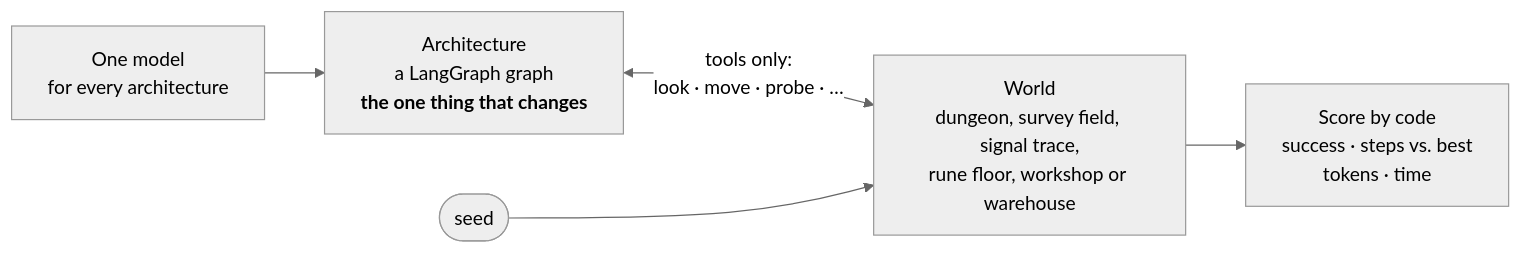
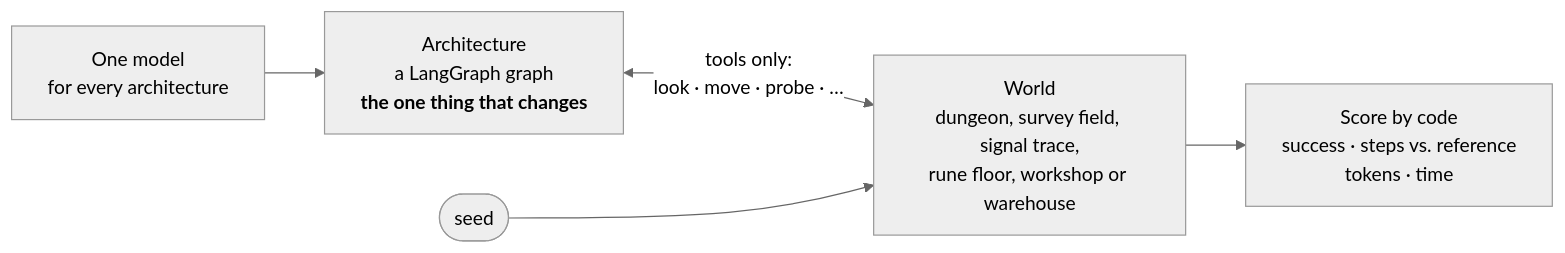
The first of 5 diagrams in README.md (chrysogonus/agent-patterns-lab), drawn with Mermaid (neutral theme) before and after one commit. The commit also changed other lines of this file and 42 other files, not shown here.

````diff
--- a/README.md
+++ b/README.md
@@ -23,7 +24,7 @@
 ```mermaid
 flowchart LR
     model["One model<br/>for every architecture"] --> arch["Architecture<br/>a LangGraph graph<br/><b>the one thing that changes</b>"]
     arch <-->|"tools only:<br/>look · move · probe · …"| world["World<br/>dungeon, survey field, signal trace,<br/>rune floor, workshop or warehouse"]
     seed(["seed"]) --> world
-    world --> score["Score by code<br/>success · steps vs. best<br/>tokens · time"]
+    world --> score["Score by code<br/>success · steps vs. reference<br/>tokens · time"]
 ```
````
